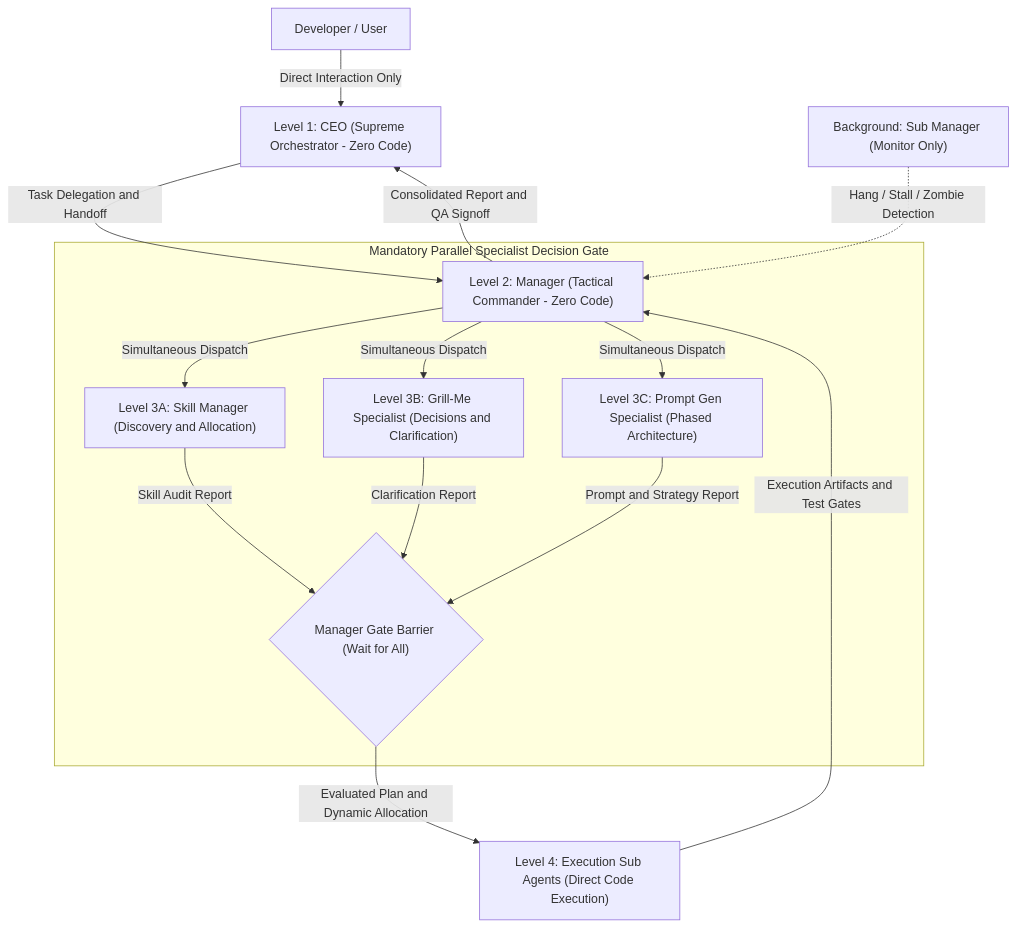
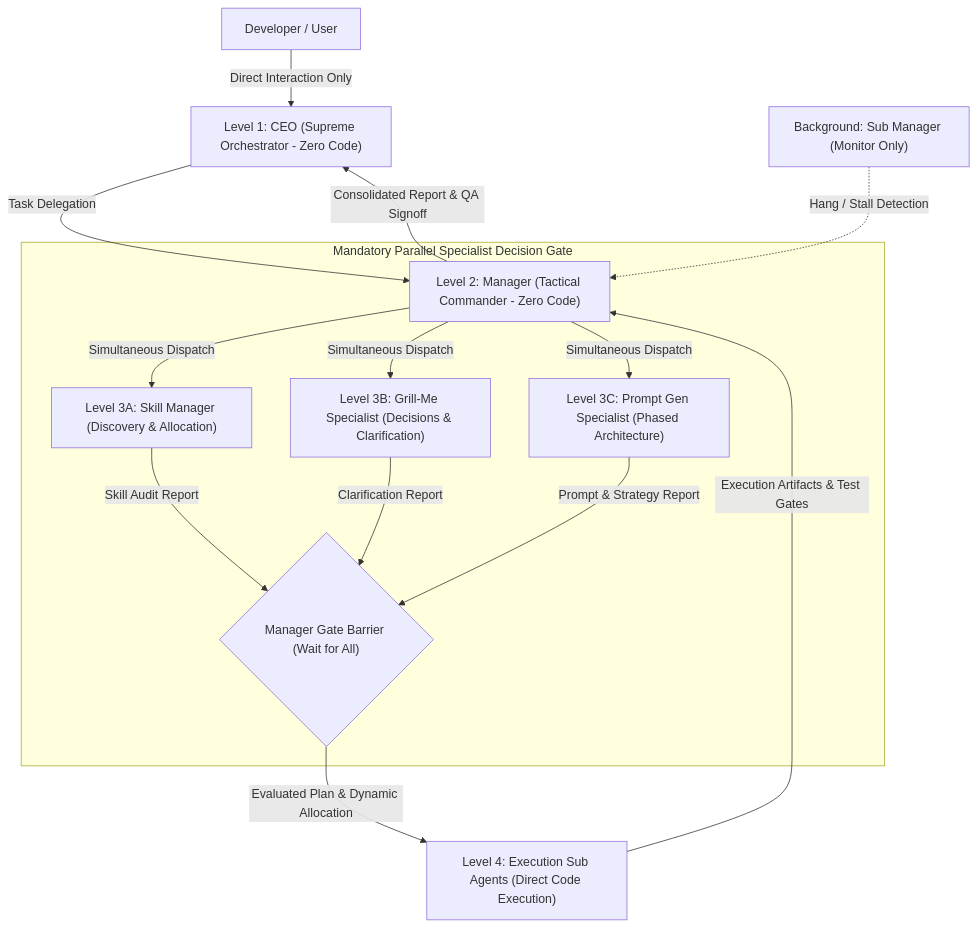
Before and after one commit to aiprincekumar/Interactive-Cursor-Tracking-Portfolio: the first of 3 diagrams in .agents/rules/architecture_recommendation.md, drawn with Mermaid. The commit also changed other lines of this file and 4 other files, not shown here.

````diff
--- a/.agents/rules/architecture_recommendation.md
+++ b/.agents/rules/architecture_recommendation.md
@@ -16,19 +16,19 @@
 ```mermaid
 flowchart TD
     User["Developer / User"] -->|Direct Interaction Only| CEO["Level 1: CEO (Supreme Orchestrator - Zero Code)"]
-    CEO -->|Task Delegation and Handoff| Manager["Level 2: Manager (Tactical Commander - Zero Code)"]
+    CEO -->|Task Delegation| Manager["Level 2: Manager (Tactical Commander - Zero Code)"]
     
     subgraph ParallelSpecialistGate ["Mandatory Parallel Specialist Decision Gate"]
-        Manager -->|Simultaneous Dispatch| SkillMgr["Level 3A: Skill Manager (Discovery and Allocation)"]
-        Manager -->|Simultaneous Dispatch| GrillMe["Level 3B: Grill-Me Specialist (Decisions and Clarification)"]
+        Manager -->|Simultaneous Dispatch| SkillMgr["Level 3A: Skill Manager (Discovery & Allocation)"]
+        Manager -->|Simultaneous Dispatch| GrillMe["Level 3B: Grill-Me Specialist (Decisions & Clarification)"]
         Manager -->|Simultaneous Dispatch| PromptGen["Level 3C: Prompt Gen Specialist (Phased Architecture)"]
         SkillMgr -->|Skill Audit Report| GateBarrier{"Manager Gate Barrier (Wait for All)"}
         GrillMe -->|Clarification Report| GateBarrier
-        PromptGen -->|Prompt and Strategy Report| GateBarrier
+        PromptGen -->|Prompt & Strategy Report| GateBarrier
     end
     
-    GateBarrier -->|Evaluated Plan and Dynamic Allocation| SubAgents["Level 4: Execution Sub Agents (Direct Code Execution)"]
-    SubManager["Background: Sub Manager (Monitor Only)"] -.->|Hang / Stall / Zombie Detection| Manager
-    SubAgents -->|Execution Artifacts and Test Gates| Manager
-    Manager -->|Consolidated Report and QA Signoff| CEO
+    GateBarrier -->|Evaluated Plan & Dynamic Allocation| SubAgents["Level 4: Execution Sub Agents (Direct Code Execution)"]
+    SubManager["Background: Sub Manager (Monitor Only)"] -.->|Hang / Stall Detection| Manager
+    SubAgents -->|Execution Artifacts & Test Gates| Manager
+    Manager -->|Consolidated Report & QA Signoff| CEO
 ```
````
